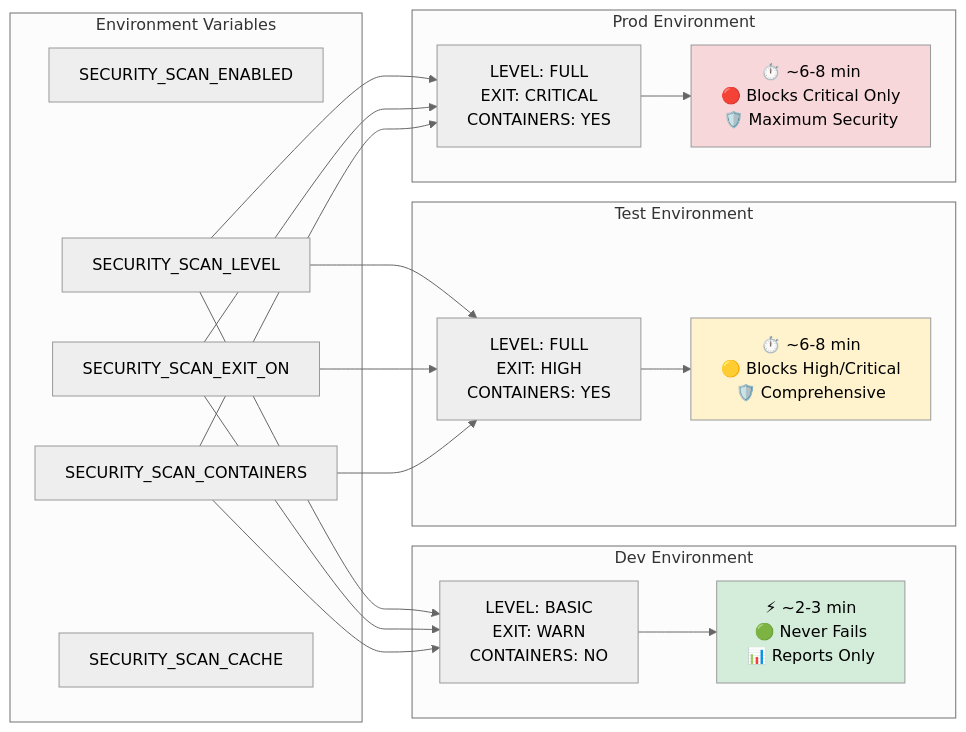
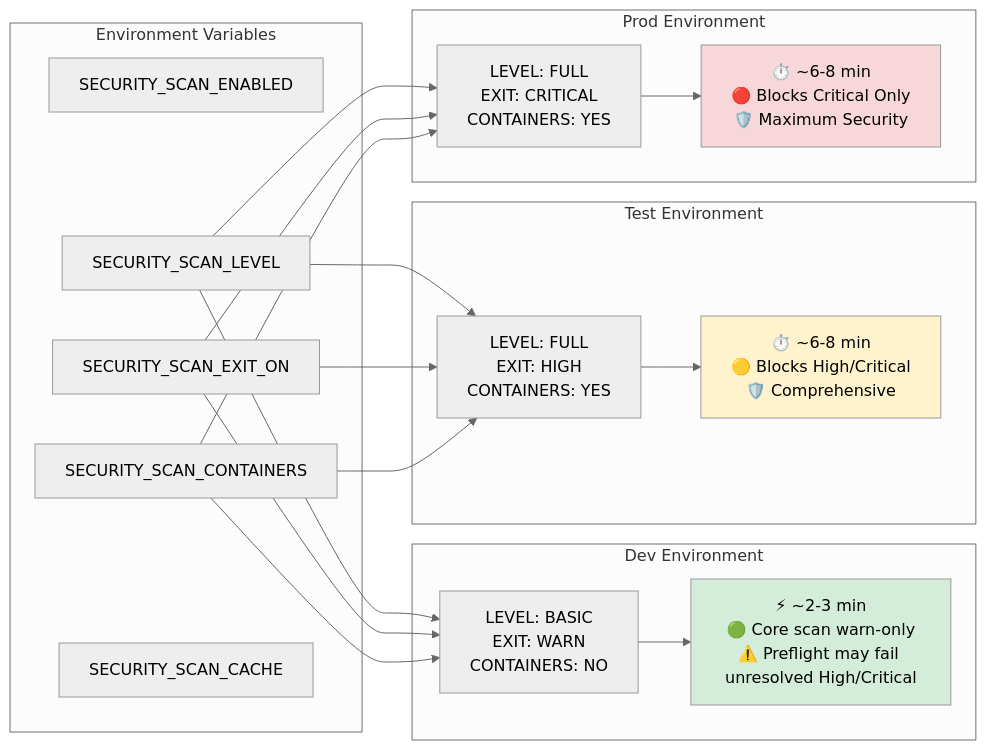
The second of 5 diagrams in .docs/diagrams/security-scanning-flow.md (bcgov/moodle-nginx), drawn with Mermaid (neutral theme) before and after one commit. The commit also changed other lines of this file and 5 other files, not shown here.

````diff
--- a/.docs/diagrams/security-scanning-flow.md
+++ b/.docs/diagrams/security-scanning-flow.md
@@ -100,45 +100,45 @@
 ```mermaid
-flowchart LR
+graph LR
     subgraph Environment Variables
         ENABLED[SECURITY_SCAN_ENABLED]
         LEVEL[SECURITY_SCAN_LEVEL]
         EXIT[SECURITY_SCAN_EXIT_ON]
         CONTAINERS[SECURITY_SCAN_CONTAINERS]
         CACHE[SECURITY_SCAN_CACHE]
     end
 
     subgraph "Dev Environment"
         DevConfig["LEVEL: BASIC<br/>EXIT: WARN<br/>CONTAINERS: NO"]
-        DevResult["⚡ ~2-3 min<br/>🟢 Never Fails<br/>📊 Reports Only"]
+        DevResult["⚡ ~2-3 min<br/>🟢 Core scan warn-only<br/>⚠️ Preflight may fail unresolved High/Critical"]
     end
 
     subgraph "Test Environment"
         TestConfig["LEVEL: FULL<br/>EXIT: HIGH<br/>CONTAINERS: YES"]
         TestResult["⏱️ ~6-8 min<br/>🟡 Blocks High/Critical<br/>🛡️ Comprehensive"]
     end
 
     subgraph "Prod Environment"
         ProdConfig["LEVEL: FULL<br/>EXIT: CRITICAL<br/>CONTAINERS: YES"]
         ProdResult["⏱️ ~6-8 min<br/>🔴 Blocks Critical Only<br/>🛡️ Maximum Security"]
     end
 
     LEVEL --> DevConfig
     EXIT --> DevConfig
     CONTAINERS --> DevConfig
 
     LEVEL --> TestConfig
     EXIT --> TestConfig
     CONTAINERS --> TestConfig
 
     LEVEL --> ProdConfig
     EXIT --> ProdConfig
     CONTAINERS --> ProdConfig
 
     DevConfig --> DevResult
     TestConfig --> TestResult
     ProdConfig --> ProdResult
 
     style DevResult fill:#d4edda
     style TestResult fill:#fff3cd
     style ProdResult fill:#f8d7da
 ```
````
